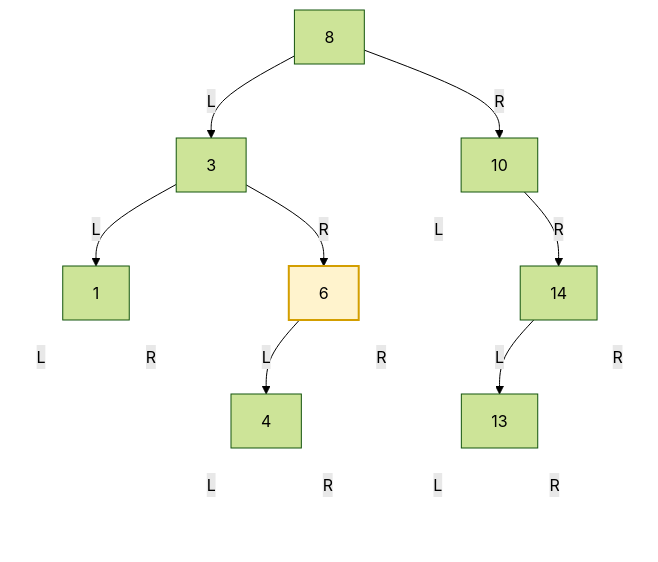
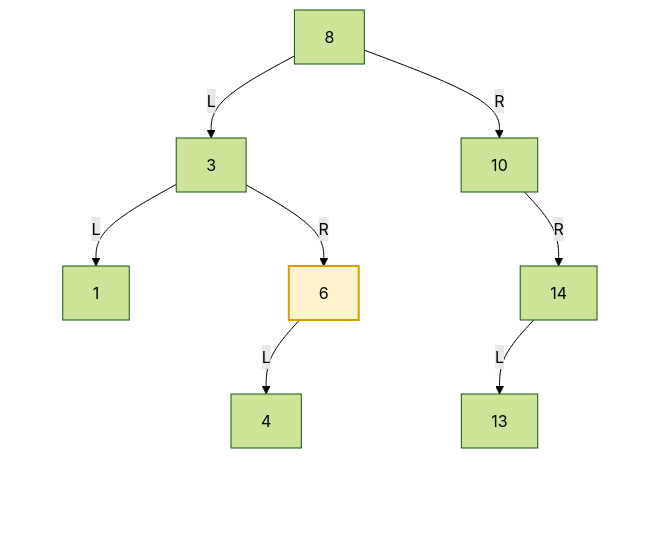
The ninth of 19 diagrams in knowledge/linux/data_structures/红黑树_rb-tree/P22_BST删除与子树回接.md (FormingSystem/linux_note), drawn with Mermaid (forest theme) before and after one commit. The commit also changed other lines of this file and 3 other files, not shown here.

````diff
--- a/knowledge/linux/data_structures/红黑树_rb-tree/P22_BST删除与子树回接.md
+++ b/knowledge/linux/data_structures/红黑树_rb-tree/P22_BST删除与子树回接.md
@@ -631,68 +634,68 @@
 ```mermaid
 graph TD
 		A["8"]
 
 		B["3"]
 		C["10"]
 
 		D["1"]
 		E["6"]
 		C_L[" "]
 		F["14"]
 
 		D_L[" "]
 		D_R[" "]
 		G["4"]
 		E_R[" "]
 		I["13"]
 		F_R[" "]
 
 		G_L[" "]
 		G_R[" "]
 		I_L[" "]
 		I_R[" "]
 
 	A -->|L| B
 	A -->|R| C
 
 	B -->|L| D
 	B -->|R| E
 
-	C -->|L| C_L
+	C --> C_L
 	C -->|R| F
 
-	D -->|L| D_L
-	D -->|R| D_R
+	D --> D_L
+	D --> D_R
 
 	E -->|L| G
-	E -->|R| E_R
+	E --> E_R
 
 	F -->|L| I
-	F -->|R| F_R
+	F --> F_R
 
-	G -->|L| G_L
-	G -->|R| G_R
+	G --> G_L
+	G --> G_R
 
-	I -->|L| I_L
-	I -->|R| I_R
+	I --> I_L
+	I --> I_R
 
 	classDef target fill:#f8d7da,stroke:#c82333,stroke-width:2px,color:#000;
 	classDef replace fill:#d4edda,stroke:#28a745,stroke-width:2px,color:#000;
 	classDef parent fill:#fff3cd,stroke:#d39e00,stroke-width:2px,color:#000;
 	classDef moved fill:#d1ecf1,stroke:#0c5460,stroke-width:2px,color:#000;
 	classDef ghost fill:transparent,stroke:transparent,color:transparent;
 
 	class E parent;
 	class C_L,D_L,D_R,E_R,F_R,G_L,G_R,I_L,I_R ghost;
 
 
 	linkStyle 4 stroke:transparent;
 	linkStyle 6 stroke:transparent;
 	linkStyle 7 stroke:transparent;
 	linkStyle 9 stroke:transparent;
 	linkStyle 11 stroke:transparent;
 	linkStyle 12 stroke:transparent;
 	linkStyle 13 stroke:transparent;
 	linkStyle 14 stroke:transparent;
 	linkStyle 15 stroke:transparent;
 ```
````
